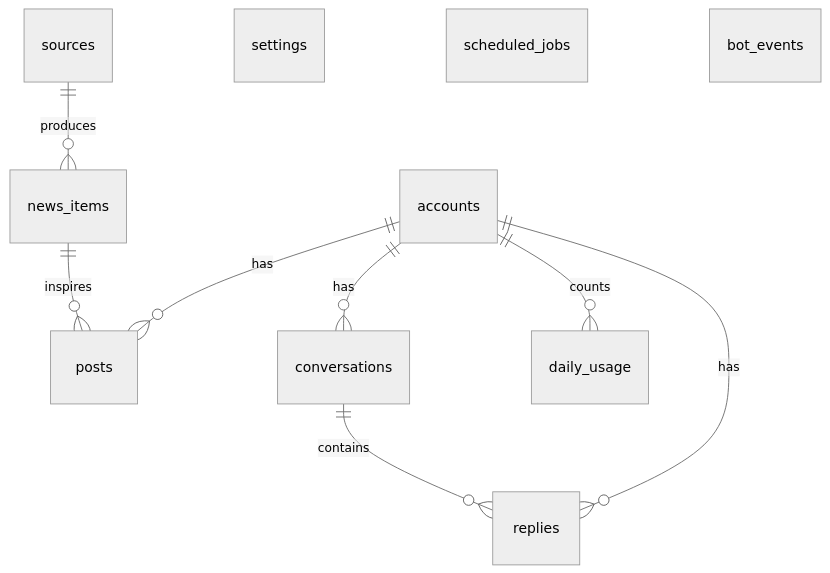
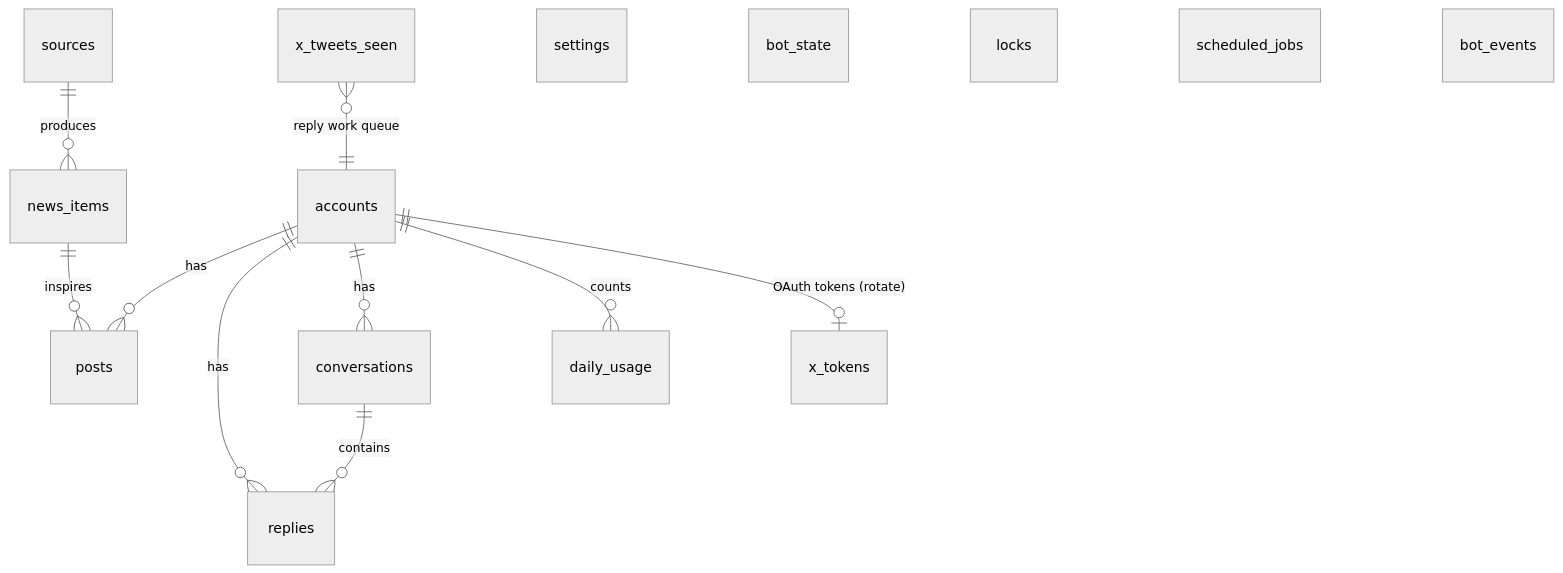
One commit to davide963-ux/automated-reply-bot changed the ninth of 10 diagrams in README.md. Above: the diagram before and after it, drawn with Mermaid (neutral theme). The commit also changed other lines of this file and 49 other files, not shown here.

First line of the commit message:
Implement phases 2-10: X auth, LLM, news, post and reply engines, dashboard

````diff
--- a/README.md
+++ b/README.md
@@ -98,13 +213,17 @@
 ```mermaid
 erDiagram
   accounts ||--o{ posts : has
   accounts ||--o{ replies : has
   accounts ||--o{ conversations : has
   accounts ||--o{ daily_usage : counts
+  accounts ||--o| x_tokens : "OAuth tokens (rotate)"
   conversations ||--o{ replies : contains
   sources ||--o{ news_items : produces
-  news_items ||--o{ posts : "inspires"
+  news_items ||--o{ posts : inspires
+  x_tweets_seen }o--|| accounts : "reply work queue"
   settings
+  bot_state
+  locks
   scheduled_jobs
   bot_events
 ```
````
